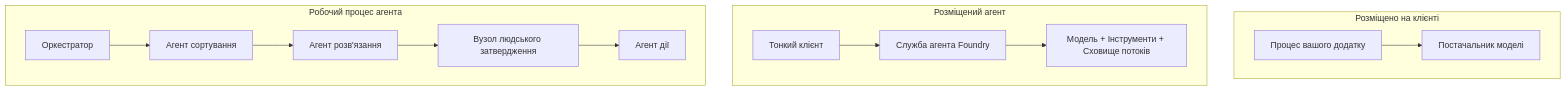
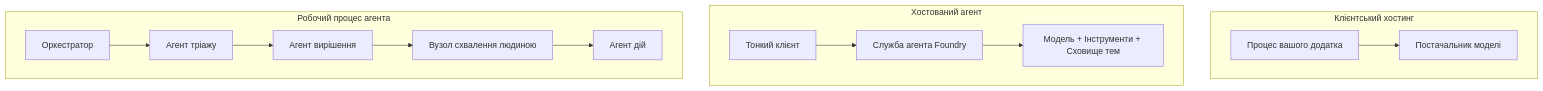
One commit to microsoft/ai-agents-for-beginners changed the first of 4 diagrams in translations/uk/16-deploying-scalable-agents/README.md. Above: the diagram before and after it, drawn with Mermaid. The commit also changed other lines of this file and 45 other files, not shown here.

````diff
--- a/translations/uk/16-deploying-scalable-agents/README.md
+++ b/translations/uk/16-deploying-scalable-agents/README.md
@@ -87,16 +87,16 @@
 ```mermaid
 flowchart TB
-    subgraph P1[Розміщено на клієнті]
-        A1[Процес вашого додатку] --> M1[Постачальник моделі]
+    subgraph P1[Клієнтський хостинг]
+        A1[Процес вашого додатка] --> M1[Постачальник моделі]
     end
-    subgraph P2[Розміщений агент]
+    subgraph P2[Хостований агент]
         A2[Тонкий клієнт] --> F2[Служба агента Foundry]
-        F2 --> M2[Модель + Інструменти + Сховище потоків]
+        F2 --> M2[Модель + Інструменти + Сховище тем]
     end
     subgraph P3[Робочий процес агента]
-        A3[Оркестратор] --> S1[Агент сортування]
-        S1 --> S2[Агент розв'язання]
-        S2 --> H[Вузол людського затвердження]
-        H --> S3[Агент дії]
+        A3[Оркестратор] --> S1[Агент тріажу]
+        S1 --> S2[Агент вирішення]
+        S2 --> H[Вузол схвалення людиною]
+        H --> S3[Агент дій]
     end
 ```
````
